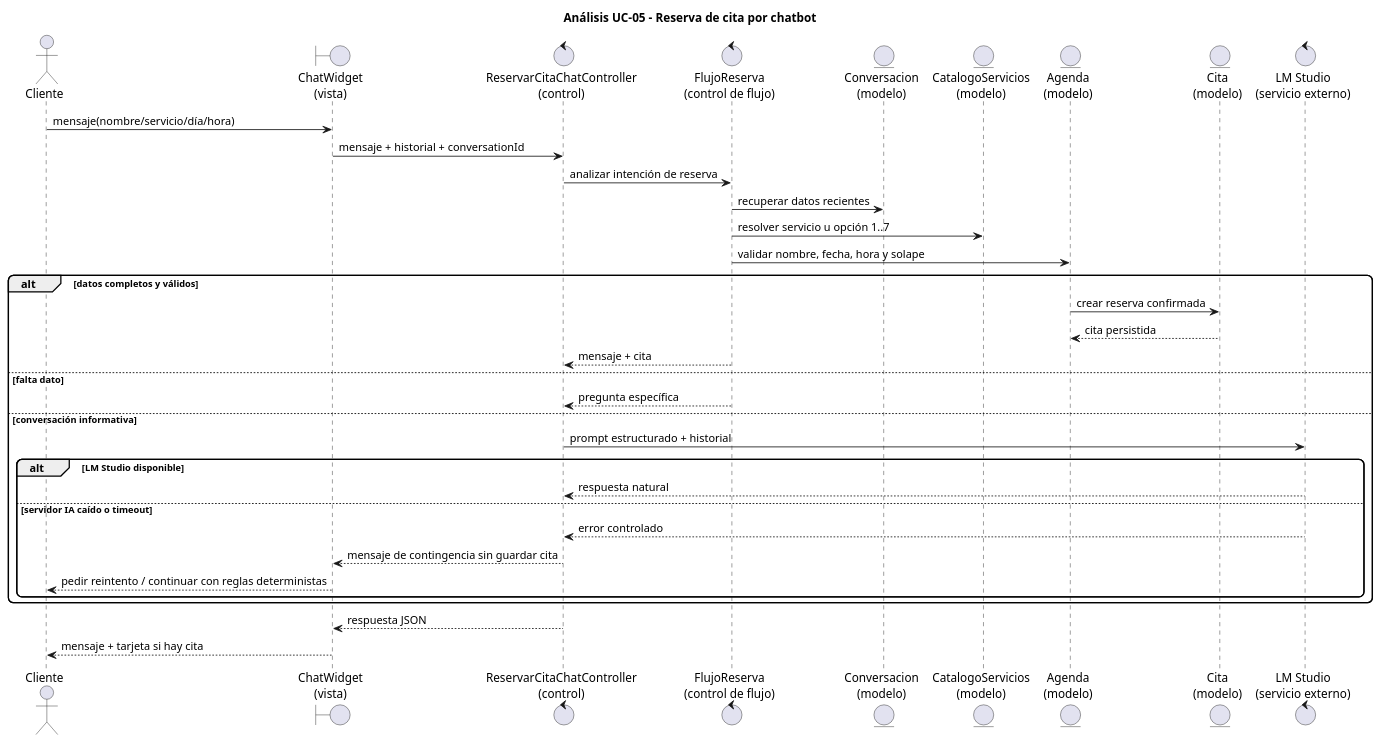
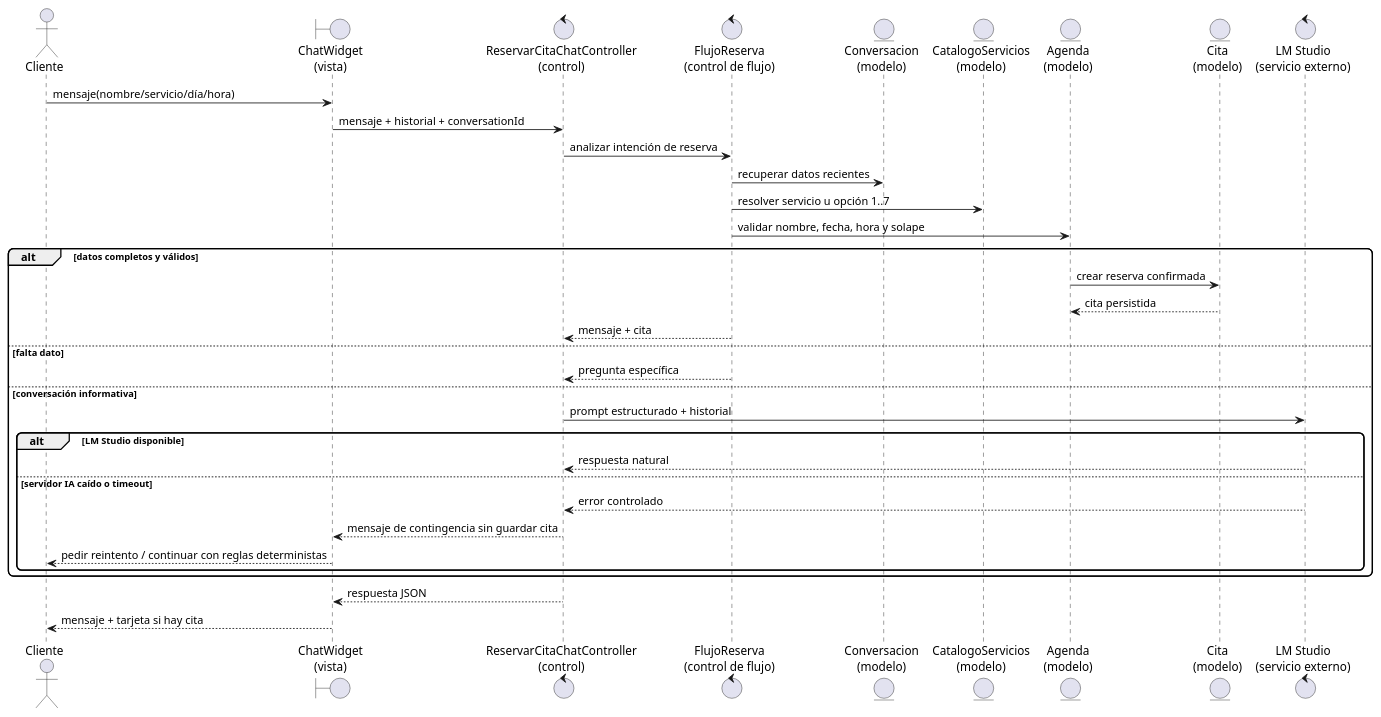
Before and after one commit to aadrigaar/TFG_CortePerfecto: the diagram in diagramas/capitulo3/analisis/03_uc05_reserva_chatbot.puml, drawn with PlantUML. The commit also changed 48 other files, not shown here.

```diff
--- a/diagramas/capitulo3/analisis/03_uc05_reserva_chatbot.puml
+++ b/diagramas/capitulo3/analisis/03_uc05_reserva_chatbot.puml
@@ -1,40 +1,39 @@
 @startuml
-title Análisis UC-05 - Reserva de cita por chatbot
 scale max 1800 width
 skinparam shadowing false
 skinparam roundcorner 12
 actor Cliente
 boundary "ChatWidget\n(vista)" as Chat
 control "ReservarCitaChatController\n(control)" as Ctrl
 control "FlujoReserva\n(control de flujo)" as Flow
 entity "Conversacion\n(modelo)" as Conv
 entity "CatalogoServicios\n(modelo)" as Cat
 entity "Agenda\n(modelo)" as Agenda
 entity "Cita\n(modelo)" as Cita
 control "LM Studio\n(servicio externo)" as LM
 
 Cliente -> Chat : mensaje(nombre/servicio/día/hora)
 Chat -> Ctrl : mensaje + historial + conversationId
 Ctrl -> Flow : analizar intención de reserva
 Flow -> Conv : recuperar datos recientes
 Flow -> Cat : resolver servicio u opción 1..7
 Flow -> Agenda : validar nombre, fecha, hora y solape
 alt datos completos y válidos
   Agenda -> Cita : crear reserva confirmada
   Cita --> Agenda : cita persistida
   Flow --> Ctrl : mensaje + cita
 else falta dato
   Flow --> Ctrl : pregunta específica
 else conversación informativa
   Ctrl -> LM : prompt estructurado + historial
   alt LM Studio disponible
     LM --> Ctrl : respuesta natural
   else servidor IA caído o timeout
     LM --> Ctrl : error controlado
     Ctrl --> Chat : mensaje de contingencia sin guardar cita
     Chat --> Cliente : pedir reintento / continuar con reglas deterministas
   end
 end
 Ctrl --> Chat : respuesta JSON
 Chat --> Cliente : mensaje + tarjeta si hay cita
 @enduml
```
